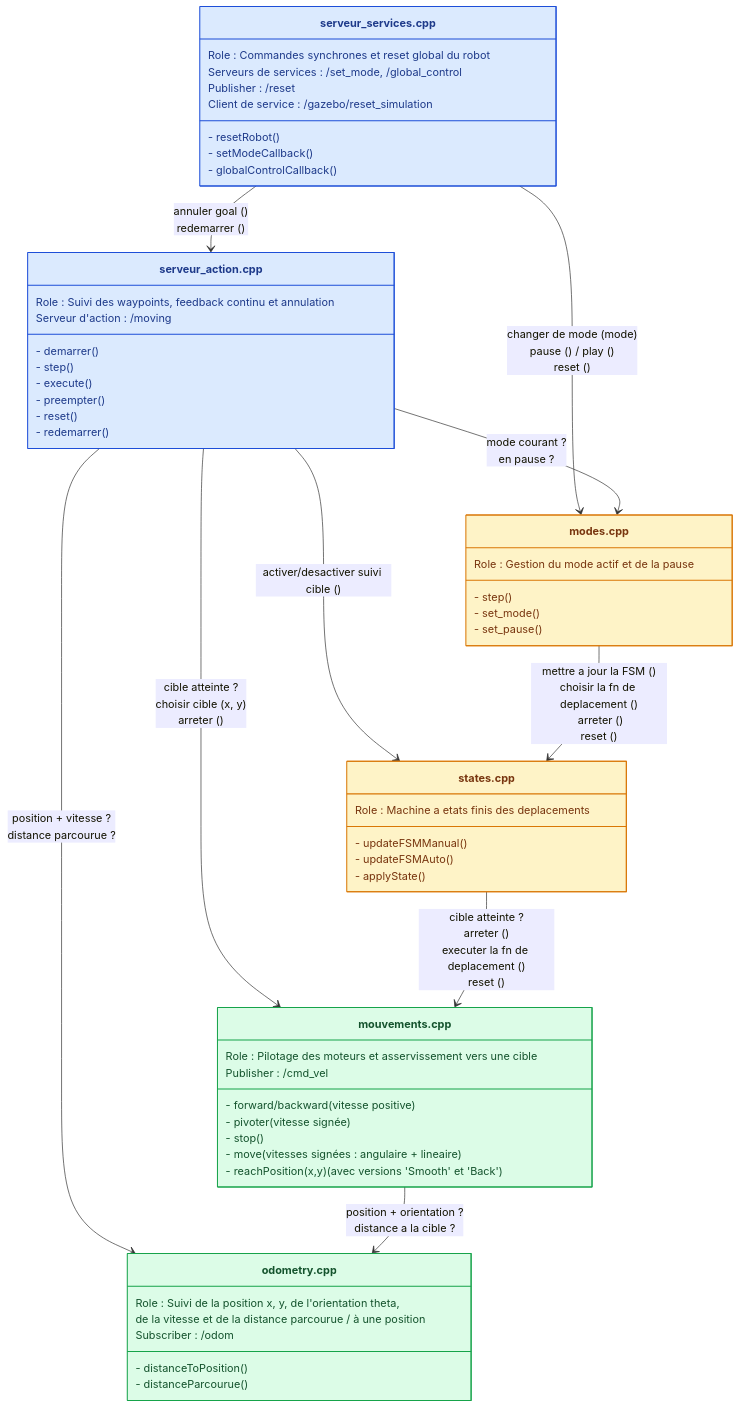
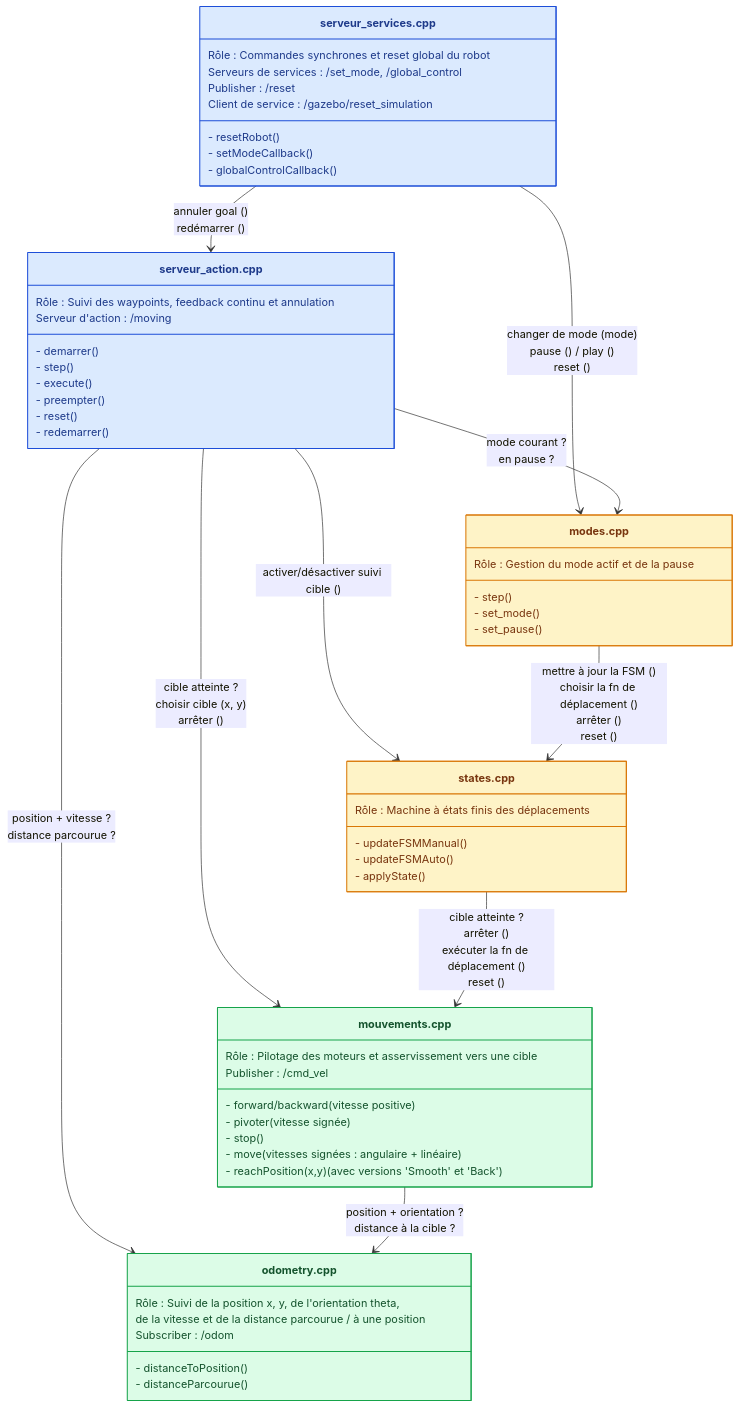
One commit to benoitdekeyn/E4SE_TD_TP changed the third of 18 diagrams in robotique_et_navigation/Rapport/Rapport.md. Above: the diagram before and after it, drawn with Mermaid. The commit also changed other lines of this file and 4 other files, not shown here.

````diff
--- a/robotique_et_navigation/Rapport/Rapport.md
+++ b/robotique_et_navigation/Rapport/Rapport.md
@@ -260,78 +259,78 @@
 ```mermaid zoom=100
 classDiagram
     direction TB
 
     class ServeurServices["serveur_services.cpp"] {
-        Role : Commandes synchrones et reset global du robot
+        Rôle : Commandes synchrones et reset global du robot
         Serveurs de services : /set_mode, /global_control
         Publisher : /reset
         Client de service : /gazebo/reset_simulation
         - resetRobot()
         - setModeCallback()
         - globalControlCallback()
     }
 
     class ServeurAction["serveur_action.cpp"] {
-        Role : Suivi des waypoints, feedback continu et annulation
+        Rôle : Suivi des waypoints, feedback continu et annulation
         Serveur d'action : /moving
         - demarrer()
         - step()
         - execute()
         - preempter()
         - reset()
         - redemarrer()
     }
 
     class Modes["modes.cpp"] {
-        Role : Gestion du mode actif et de la pause
+        Rôle : Gestion du mode actif et de la pause
         - step()
         - set_mode()
         - set_pause()
     }
 
     class States["states.cpp"] {
-        Role : Machine a etats finis des deplacements
+        Rôle : Machine à états finis des déplacements
         - updateFSMManual()
         - updateFSMAuto()
         - applyState()
     }
 
     class Mouvements["mouvements.cpp"] {
-        Role : Pilotage des moteurs et asservissement vers une cible
+        Rôle : Pilotage des moteurs et asservissement vers une cible
         Publisher : /cmd_vel
         - forward/backward(vitesse positive)
         - pivoter(vitesse signée)
         - stop()
-        - move(vitesses signées : angulaire + lineaire)
+        - move(vitesses signées : angulaire + linéaire)
         - reachPosition(x,y) (avec versions 'Smooth' et 'Back')
     }
 
     class Odometry["odometry.cpp"] {
-        Role : Suivi de la position x, y, de l'orientation theta,
+        Rôle : Suivi de la position x, y, de l'orientation theta,
                de la vitesse et de la distance parcourue / à une position
         Subscriber : /odom
         - distanceToPosition()
         - distanceParcourue()
     }
 
     ServeurServices --> Modes : changer de mode (mode)<br/>pause () / play ()<br/>reset ()
-    ServeurServices --> ServeurAction : annuler goal ()<br/>redemarrer ()
+    ServeurServices --> ServeurAction : annuler goal ()<br/>redémarrer ()
 
-    ServeurAction --> Mouvements : cible atteinte ?<br/>choisir cible (x, y)<br/>arreter ()
-    ServeurAction --> States : activer/desactiver suivi cible ()
+    ServeurAction --> Mouvements : cible atteinte ?<br/>choisir cible (x, y)<br/>arrêter ()
+    ServeurAction --> States : activer/désactiver suivi cible ()
     ServeurAction --> Modes : mode courant ?<br/>en pause ?
     ServeurAction --> Odometry : position + vitesse ?<br/>distance parcourue ?
 
-    Modes --> States : mettre a jour la FSM ()<br/>choisir la fn de deplacement ()<br/> arreter ()<br/>reset ()
+    Modes --> States : mettre à jour la FSM ()<br/>choisir la fn de déplacement ()<br/>arrêter ()<br/>reset ()
 
-    States --> Mouvements : cible atteinte ?<br/>arreter ()<br/>executer la fn de deplacement ()<br/>reset ()
+    States --> Mouvements : cible atteinte ?<br/>arrêter ()<br/>exécuter la fn de déplacement ()<br/>reset ()
 
-    Mouvements --> Odometry : position + orientation ?<br/>distance a la cible ?
+    Mouvements --> Odometry : position + orientation ?<br/>distance à la cible ?
 
     style ServeurServices fill:#dbeafe,stroke:#1d4ed8,stroke-width:1.5px,color:#1e3a8a
     style ServeurAction fill:#dbeafe,stroke:#1d4ed8,stroke-width:1.5px,color:#1e3a8a
     style Modes fill:#fef3c7,stroke:#d97706,stroke-width:1.5px,color:#78350f
     style States fill:#fef3c7,stroke:#d97706,stroke-width:1.5px,color:#78350f
     style Mouvements fill:#dcfce7,stroke:#16a34a,stroke-width:1.5px,color:#14532d
     style Odometry fill:#dcfce7,stroke:#16a34a,stroke-width:1.5px,color:#14532d
 ```
````
